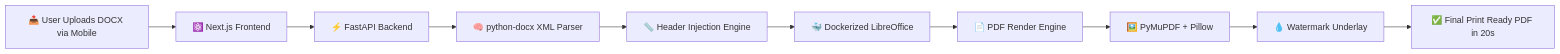
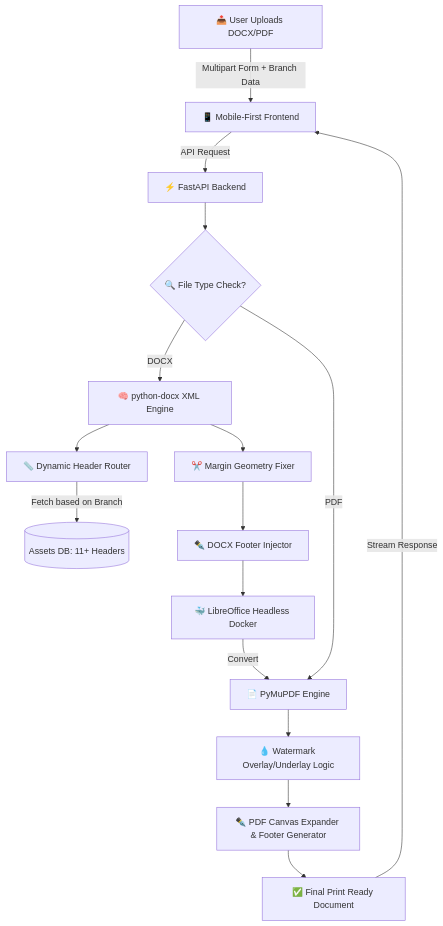
One commit to vshivam1729/LabDoc-AI-Showcase changed the diagram in README.md. Above: the diagram before and after it, drawn with Mermaid. The commit also changed other lines of this file, not shown here.

````diff
--- a/README.md
+++ b/README.md
@@ -113,12 +140,27 @@
 ```mermaid
-flowchart LR
-    A[📤 User Uploads DOCX via Mobile] --> B[⚛️ Next.js Frontend]
-    B --> C[⚡ FastAPI Backend]
-    C --> D[🧠 python-docx XML Parser]
-    D --> E[📏 Header Injection Engine]
-    E --> F[🐳 Dockerized LibreOffice]
-    F --> G[📄 PDF Render Engine]
-    G --> H[🖼️ PyMuPDF + Pillow]
-    H --> I[💧 Watermark Underlay]
-    I --> J[✅ Final Print Ready PDF in 20s]
+flowchart TD
+    subclass_UI[📱 Mobile-First Frontend]
+    
+    A[📤 User Uploads DOCX/PDF] -->|Multipart Form + Branch Data| subclass_UI
+    subclass_UI -->|API Request| B[⚡ FastAPI Backend]
+    
+    B --> C{🔍 File Type Check?}
+    
+    C -->|DOCX| D[🧠 python-docx XML Engine]
+    C -->|PDF| E[📄 PyMuPDF Engine]
+    
+    D --> F[📏 Dynamic Header Router]
+    F -->|Fetch based on Branch| G[(Assets DB: 11+ Headers)]
+    
+    D --> H[✂️ Margin Geometry Fixer]
+    H --> I[✒️ DOCX Footer Injector]
+    
+    I --> J[🐳 LibreOffice Headless Docker]
+    J -->|Convert| E
+    
+    E --> K[💧 Watermark Overlay/Underlay Logic]
+    K --> L[✒️ PDF Canvas Expander & Footer Generator]
+    
+    L --> M[✅ Final Print Ready Document]
+    M -->|Stream Response| subclass_UI
 ```
````
